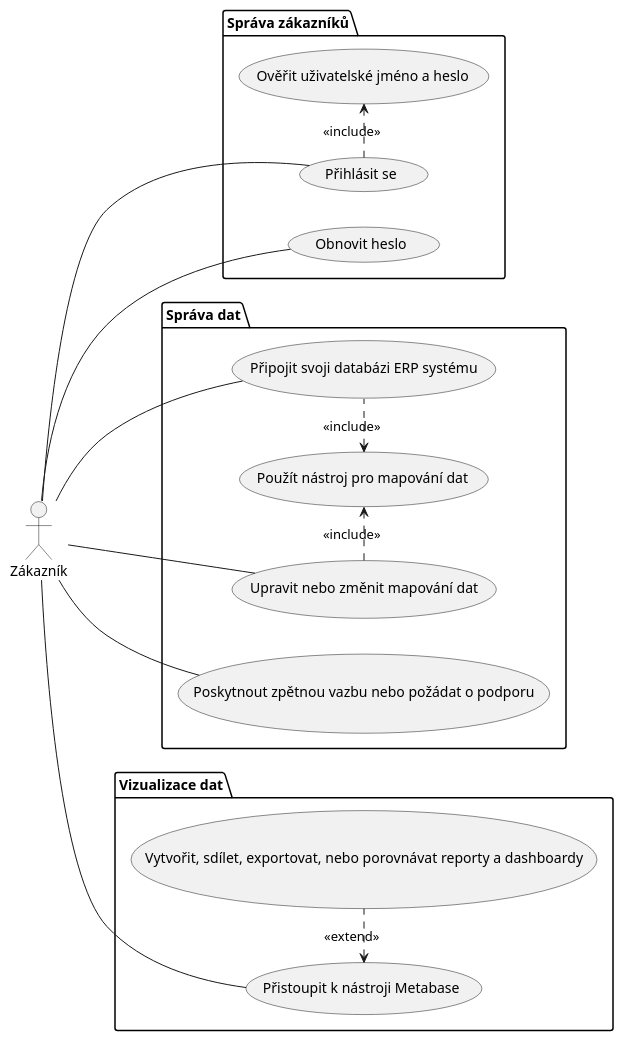
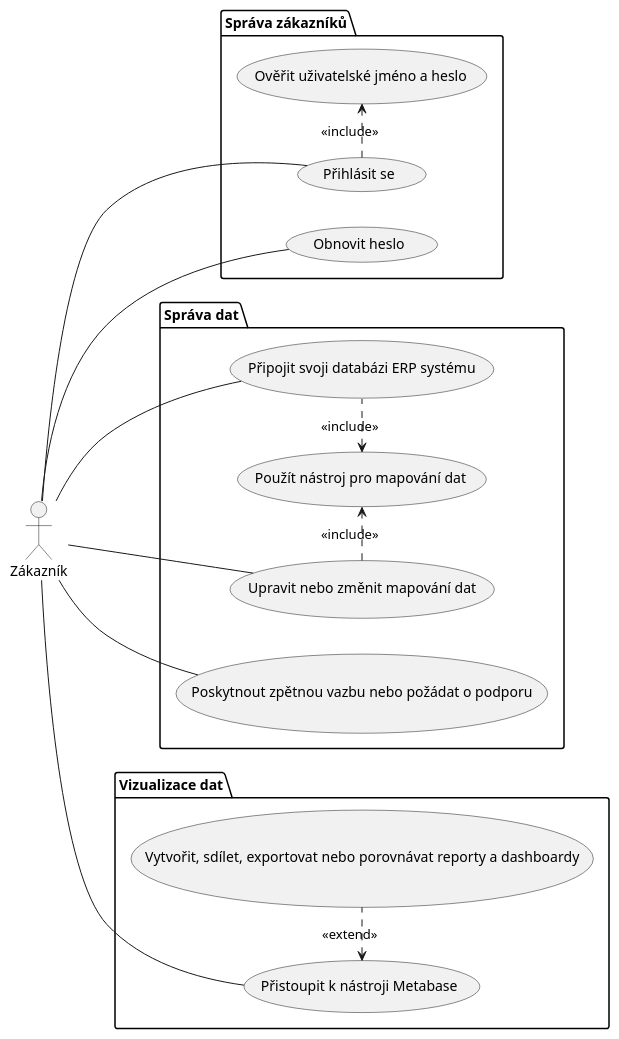
The second of 2 diagrams in Architecture/UseCases/usecases.plantuml (michael-sevcik/SaaS-Platform-for-BI-Tool), drawn with PlantUML before and after one commit. The commit also changed other lines of this file, not shown here.

```diff
--- a/Architecture/UseCases/usecases.plantuml
+++ b/Architecture/UseCases/usecases.plantuml
@@ -45,38 +45,38 @@
 @startuml "Use Case diagram - Zákazník"
 left to right direction
 
 actor "Zákazník" as customer
 
 ' Použijeme syntaxi package NÁZEV { ... } pro označení modulů
 package "Správa zákazníků" {
     (Obnovit heslo) as reset_password
     (Přihlásit se) as login
     (Ověřit uživatelské jméno a heslo) as verify_credentials
     login .r.> verify_credentials : <<include>>
 }
 
 package "Správa dat" {
     (Připojit svoji databázi ERP systému) as connect_erp
     (Použít nástroj pro mapování dat) as use_mapping_tool
     (Upravit nebo změnit mapování dat) as edit_data_mapping
     (Poskytnout zpětnou vazbu nebo požádat o podporu) as provide_feedback
     connect_erp .l.> use_mapping_tool : <<include>>
     edit_data_mapping .r.> use_mapping_tool : <<include>>
 }
 
 package "Vizualizace dat" {
     (Přistoupit k nástroji Metabase) as access_metabase
-    (Vytvořit, sdílet, exportovat, nebo porovnávat reporty a dashboardy) as use_metabase
+    (Vytvořit, sdílet, exportovat nebo porovnávat reporty a dashboardy) as use_metabase
     access_metabase <.r. use_metabase : <<extend>>
 
 }
 
 customer -- reset_password
 customer -- login
 customer -- connect_erp
 customer -- edit_data_mapping
 customer -- access_metabase
 customer -- provide_feedback
 
 
 @enduml
```
